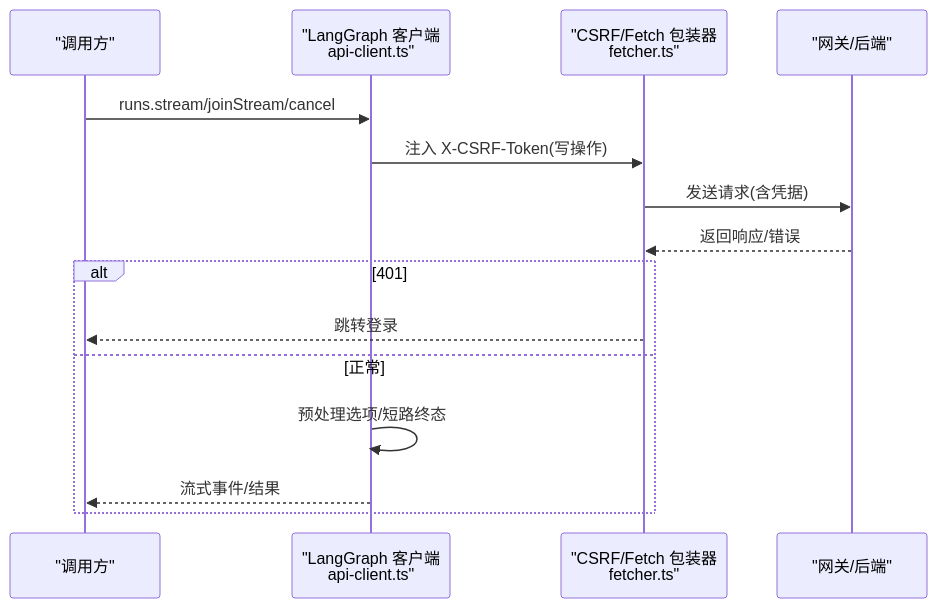
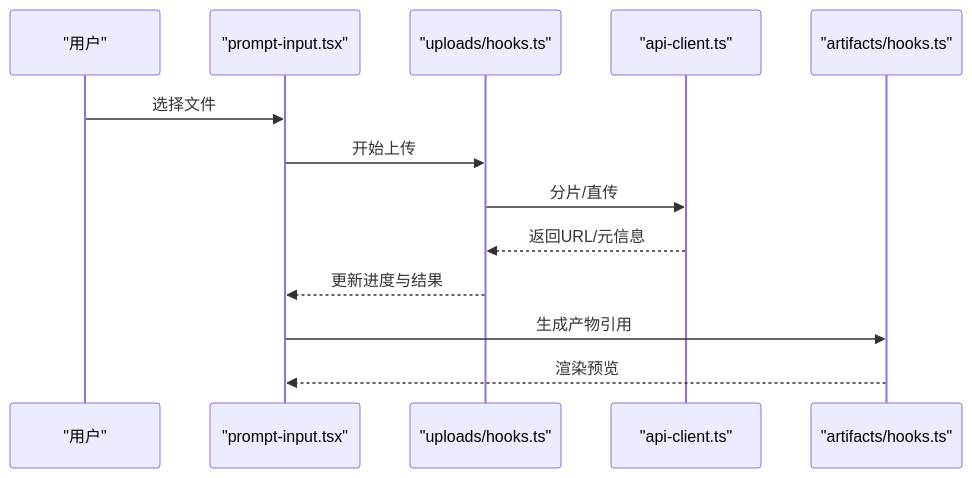
The seventh of 10 diagrams in .qoder/repowiki/zh/content/前端应用/前端应用.md (xfbyxq/deer-flow), drawn with Mermaid before and after one commit. The commit also changed other lines of this file and 621 other files, not shown here.

````diff
--- a/.qoder/repowiki/zh/content/前端应用/前端应用.md
+++ b/.qoder/repowiki/zh/content/前端应用/前端应用.md
@@ -207,17 +582,15 @@
 ```mermaid
 sequenceDiagram
-participant UI as "调用方"
-participant Client as "LangGraph 客户端<br/>api-client.ts"
-participant Fetcher as "CSRF/Fetch 包装器<br/>fetcher.ts"
-participant GW as "网关/后端"
-UI->>Client : runs.stream/joinStream/cancel
-Client->>Fetcher : 注入 X-CSRF-Token(写操作)
-Fetcher->>GW : 发送请求(含凭据)
-GW-->>Fetcher : 返回响应/错误
-alt 401
-Fetcher-->>UI : 跳转登录
-else 正常
-Client->>Client : 预处理选项/短路终态
-Client-->>UI : 流式事件/结果
-end
+participant U as "用户"
+participant UI as "prompt-input.tsx"
+participant UP as "uploads/hooks.ts"
+participant API as "api-client.ts"
+participant ART as "artifacts/hooks.ts"
+U->>UI : 选择文件
+UI->>UP : 开始上传
+UP->>API : 分片/直传
+API-->>UP : 返回URL/元信息
+UP-->>UI : 更新进度与结果
+UI->>ART : 生成产物引用
+ART-->>UI : 渲染预览
 ```
````
